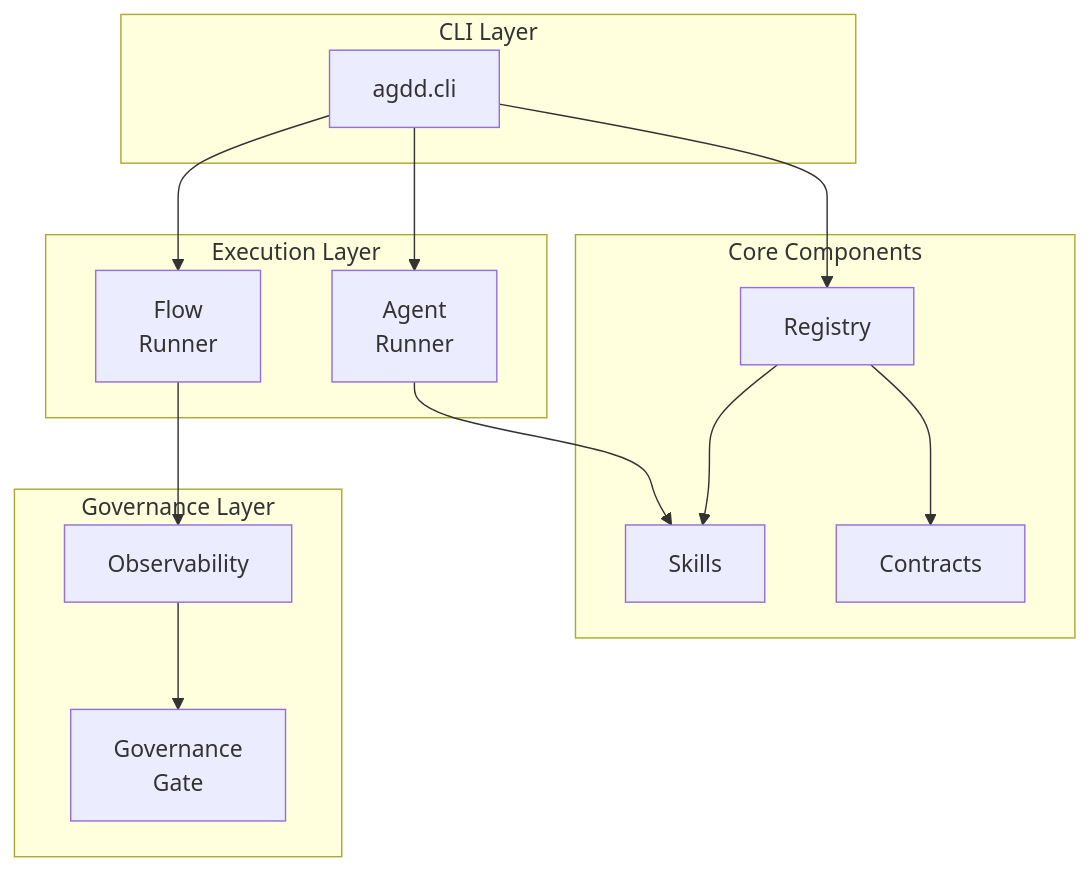
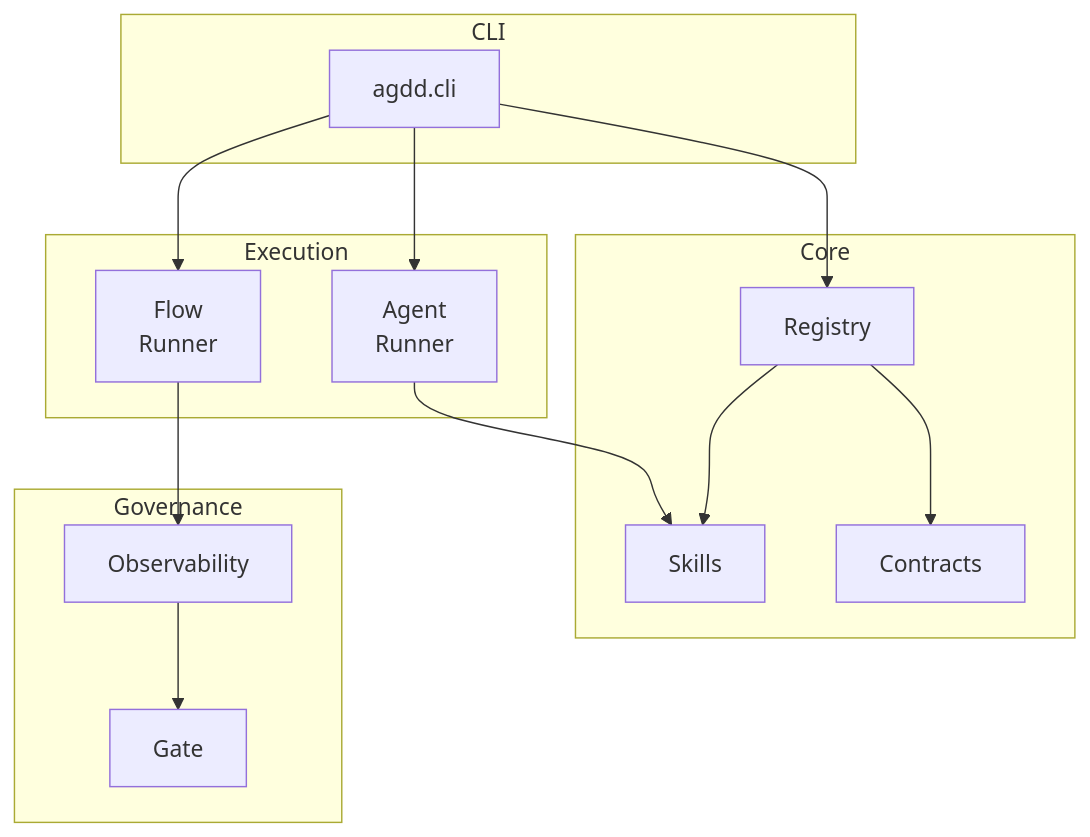
One commit to artificial-intelligence-first/agdd changed the diagram in README.md. Above: the diagram before and after it, drawn with Mermaid.

Commit message:
fix: shorten architecture diagram labels to prevent truncation
- Simplify subgraph labels: CLI Layer -> CLI, Core Components -> Core, etc.
- Remove 'Governance' prefix from Gate node
- Keep node labels concise to fit within diagram boxes

````diff
--- a/README.md
+++ b/README.md
@@ -54,31 +54,31 @@
 ```mermaid
 graph TB
-    subgraph CLI["CLI Layer"]
+    subgraph CLI[CLI]
         A[agdd.cli]
     end
     
-    subgraph Core["Core Components"]
+    subgraph Core[Core]
         B[Registry]
         C[Skills]
         D[Contracts]
     end
     
-    subgraph Exec["Execution Layer"]
+    subgraph Exec[Execution]
         E[Agent<br/>Runner]
         F[Flow<br/>Runner]
     end
     
-    subgraph Gov["Governance Layer"]
-        G[Governance<br/>Gate]
+    subgraph Gov[Governance]
+        G[Gate]
         H[Observability]
     end
     
     A --> B
     A --> E
     A --> F
     B --> C
     B --> D
     E --> C
     F --> H
     H --> G
 ```
````
